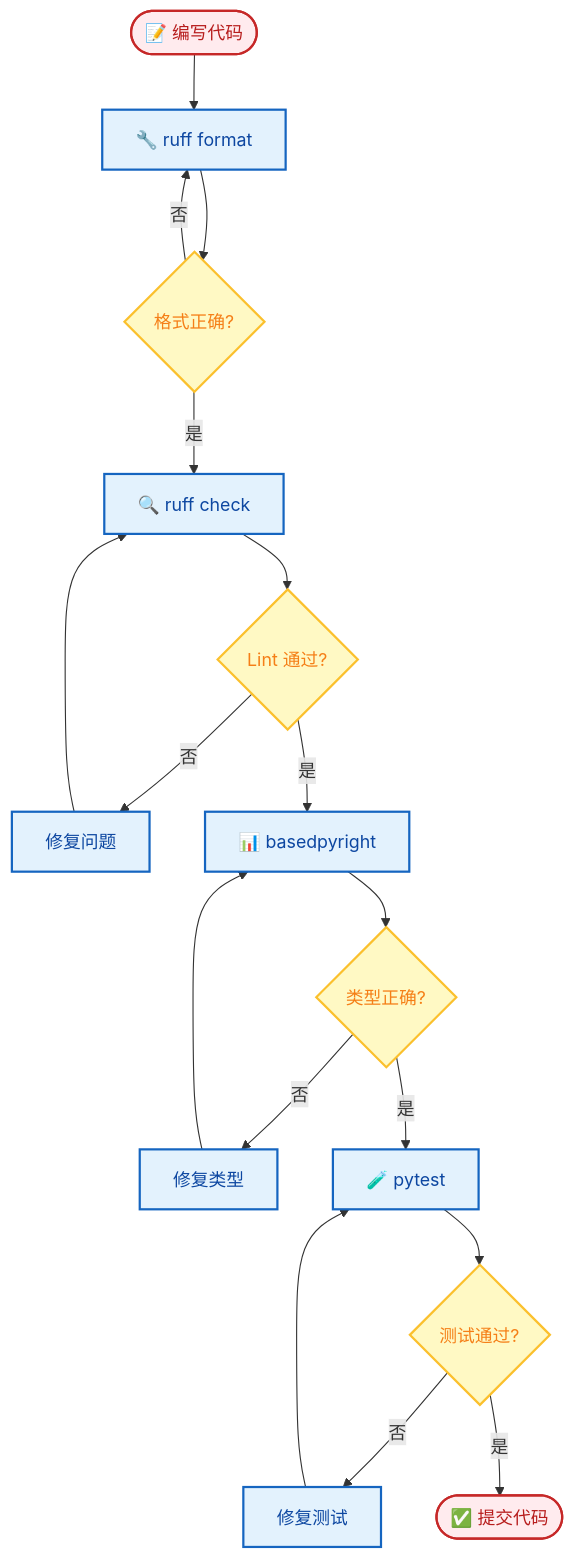
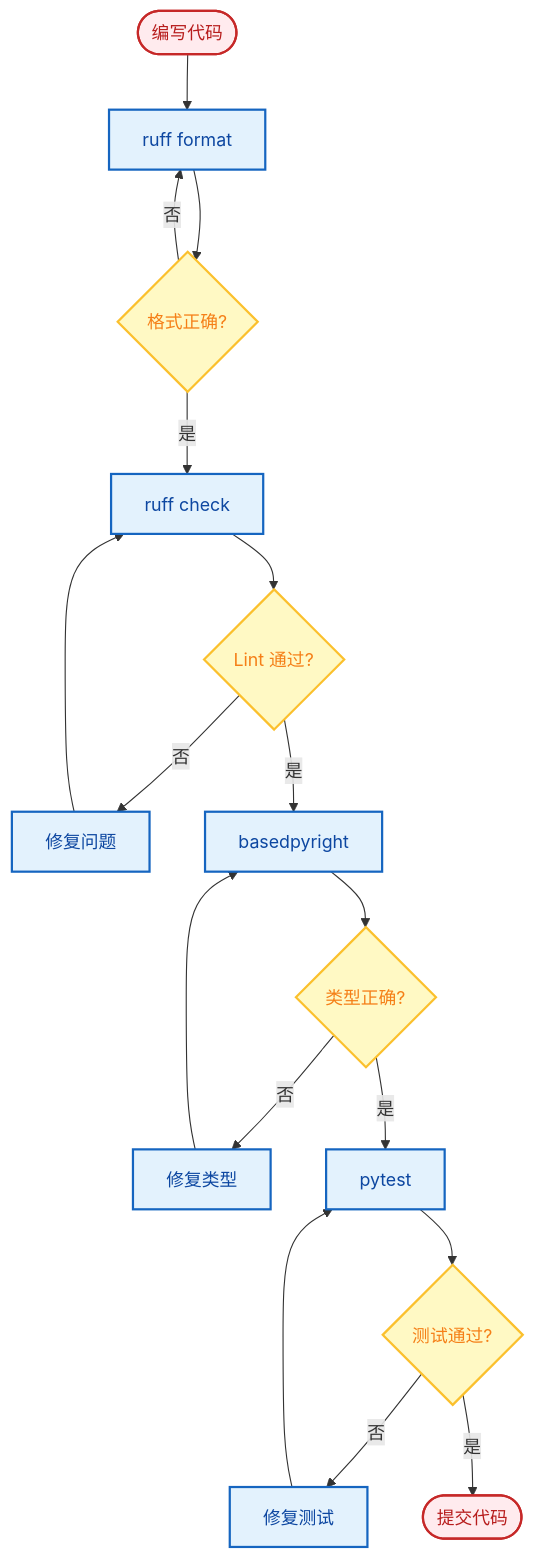
Before and after one commit to xt765/FinchBot: the second of 3 diagrams in docs/zh-CN/development.md, drawn with Mermaid. The commit also changed other lines of this file and 18 other files, not shown here.

First line of the commit message:
docs: 简化架构图并删除所有mermaid图中的表情包

````diff
--- a/docs/zh-CN/development.md
+++ b/docs/zh-CN/development.md
@@ -139,24 +138,23 @@
 ```mermaid
 flowchart TD
-    %% 样式定义
     classDef startEnd fill:#ffebee,stroke:#c62828,stroke-width:2px,color:#b71c1c;
     classDef process fill:#e3f2fd,stroke:#1565c0,stroke-width:2px,color:#0d47a1;
     classDef check fill:#fff9c4,stroke:#fbc02d,stroke-width:2px,color:#f57f17;
 
-    A([📝 编写代码]):::startEnd --> B[🔧 ruff format]:::process
+    A([编写代码]):::startEnd --> B[ruff format]:::process
     B --> C{格式正确?}:::check
     C -->|否| B
-    C -->|是| D[🔍 ruff check]:::process
+    C -->|是| D[ruff check]:::process
     D --> E{Lint 通过?}:::check
     E -->|否| F[修复问题]:::process
     F --> D
-    E -->|是| G[📊 basedpyright]:::process
+    E -->|是| G[basedpyright]:::process
     G --> H{类型正确?}:::check
     H -->|否| I[修复类型]:::process
     I --> G
-    H -->|是| J[🧪 pytest]:::process
+    H -->|是| J[pytest]:::process
     J --> K{测试通过?}:::check
     K -->|否| L[修复测试]:::process
     L --> J
-    K -->|是| M([✅ 提交代码]):::startEnd
+    K -->|是| M([提交代码]):::startEnd
 ```
````
